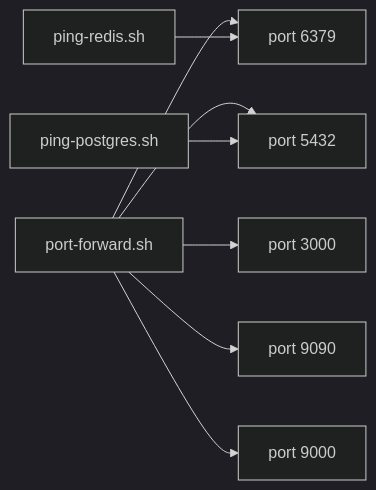
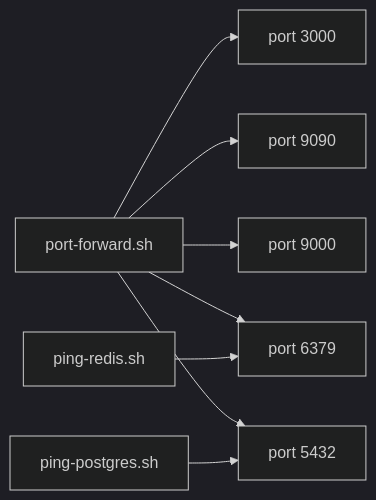
Before and after one commit to dannys0n/K8-Local-To-Cloud-Project: the diagram in docs/services.md, drawn with Mermaid (dark theme). The commit also changed other lines of this file and 2 other files, not shown here.

````diff
--- a/docs/services.md
+++ b/docs/services.md
@@ -3,18 +3,18 @@
 ```mermaid
 graph LR
+port_forward_sh["port-forward.sh"]
+port_3000["port 3000"]
+port_9090["port 9090"]
+port_9000["port 9000"]
+port_6379["port 6379"]
+port_5432["port 5432"]
 ping_redis_sh["ping-redis.sh"]
-port_5432["port 5432"]
-port_6379["port 6379"]
 ping_postgres_sh["ping-postgres.sh"]
-port_9090["port 9090"]
-port_3000["port 3000"]
-port_9000["port 9000"]
-port_forward_sh["port-forward.sh"]
 port_forward_sh --> port_3000
 port_forward_sh --> port_9090
 port_forward_sh --> port_9000
 port_forward_sh --> port_6379
 port_forward_sh --> port_5432
 ping_redis_sh --> port_6379
 ping_postgres_sh --> port_5432
 ```
````
